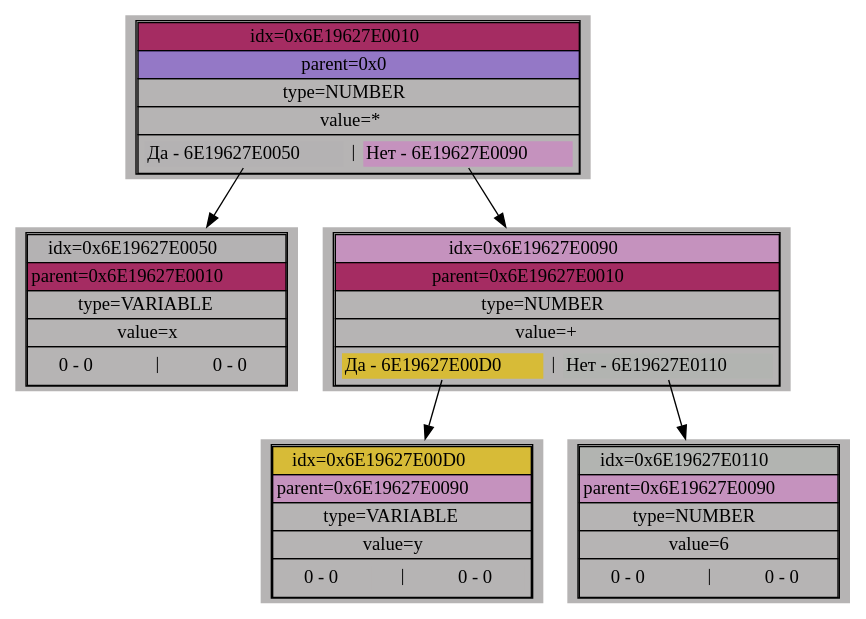
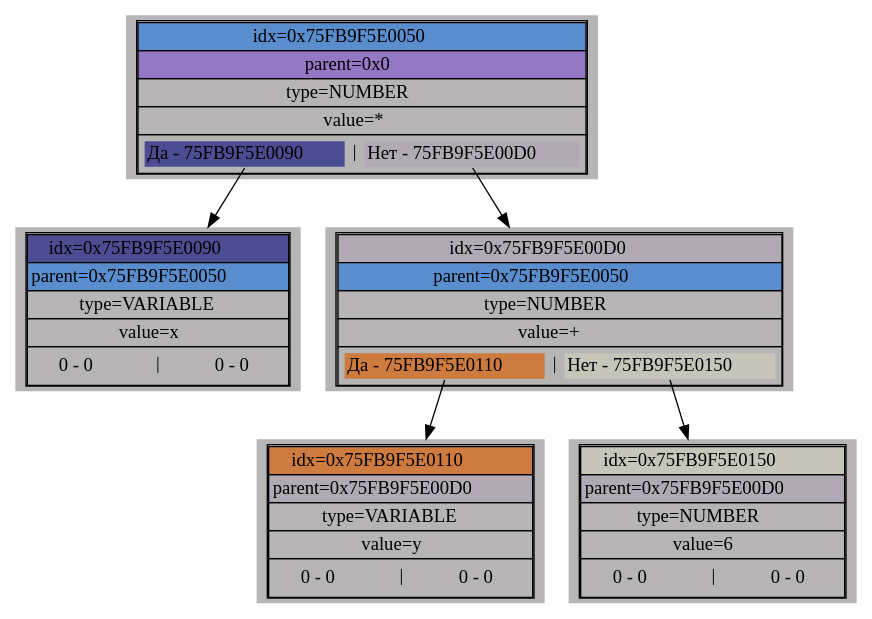
The diagram in dump/images/image0.dot (NeonVP/My-Differentiator), drawn with Graphviz before and after one commit. The commit also changed 5 other files, not shown here.

```diff
--- a/dump/images/image0.dot
+++ b/dump/images/image0.dot
@@ -1,142 +1,142 @@
 digraph {
 	splines=line;
-	node_6E19627E0010 [shape=plaintext; style=filled; color=black; fillcolor="#B6B4B4"; label=< 
+	node_75FB9F5E0050 [shape=plaintext; style=filled; color=black; fillcolor="#B6B4B4"; label=< 
 	<TABLE BORDER="1" CELLBORDER="1" CELLSPACING="0" ALIGN="CENTER"> 
 		<TR> 
-			<TD PORT="idx" BGCOLOR="#A41B58E1">idx=0x6E19627E0010</TD> 
+			<TD PORT="idx" BGCOLOR="#568BCEF4">idx=0x75FB9F5E0050</TD> 
 		</TR> 
 		<TR> 
 			<TD PORT="parent" BGCOLOR="#6522DF69">parent=0x0</TD> 
 		</TR> 
 		<TR> 
 			<TD PORT="type">type=NUMBER</TD> 
 		</TR> 
 		<TR> 
 			<TD PORT="value">value=*</TD> 
 		</TR> 
 		<TR> 
 			<TD> 
 				<TABLE BORDER="0" CELLBORDER="0" CELLSPACING="2" ALIGN="CENTER"> 
 					<TR> 
-						<TD PORT="left" BGCOLOR="#8D869A0C">Да - 6E19627E0050</TD> 
+						<TD PORT="left" BGCOLOR="#2C2D89C3">Да - 75FB9F5E0090</TD> 
 						<TD><FONT POINT-SIZE="10">│</FONT></TD> 
-						<TD PORT="right" BGCOLOR="#F720DD3B">Нет - 6E19627E0090</TD> 
+						<TD PORT="right" BGCOLOR="#5B04B2E">Нет - 75FB9F5E00D0</TD> 
 					</TR> 
 				</TABLE> 
 			</TD> 
 		</TR> 
 	</TABLE> 
 	>]; 
-	node_6E19627E0010:left:s->node_6E19627E0050
-	node_6E19627E0050 [shape=plaintext; style=filled; color=black; fillcolor="#B6B4B4"; label=< 
+	node_75FB9F5E0050:left:s->node_75FB9F5E0090
+	node_75FB9F5E0090 [shape=plaintext; style=filled; color=black; fillcolor="#B6B4B4"; label=< 
 	<TABLE BORDER="1" CELLBORDER="1" CELLSPACING="0" ALIGN="CENTER"> 
 		<TR> 
-			<TD PORT="idx" BGCOLOR="#8D869A0C">idx=0x6E19627E0050</TD> 
+			<TD PORT="idx" BGCOLOR="#2C2D89C3">idx=0x75FB9F5E0090</TD> 
 		</TR> 
 		<TR> 
-			<TD PORT="parent" BGCOLOR="#A41B58E1">parent=0x6E19627E0010</TD> 
+			<TD PORT="parent" BGCOLOR="#568BCEF4">parent=0x75FB9F5E0050</TD> 
 		</TR> 
 		<TR> 
 			<TD PORT="type">type=VARIABLE</TD> 
 		</TR> 
 		<TR> 
 			<TD PORT="value">value=x</TD> 
 		</TR> 
 		<TR> 
 			<TD> 
 				<TABLE BORDER="0" CELLBORDER="0" CELLSPACING="2" ALIGN="CENTER"> 
 					<TR> 
 						<TD PORT="left" BGCOLOR="#B6B4B4">0 - 0</TD> 
 						<TD><FONT POINT-SIZE="10">│</FONT></TD> 
 						<TD PORT="right" BGCOLOR="#B6B4B4">0 - 0</TD> 
 					</TR> 
 				</TABLE> 
 			</TD> 
 		</TR> 
 	</TABLE> 
 	>]; 
-	node_6E19627E0010:right:s->node_6E19627E0090
-	node_6E19627E0090 [shape=plaintext; style=filled; color=black; fillcolor="#B6B4B4"; label=< 
+	node_75FB9F5E0050:right:s->node_75FB9F5E00D0
+	node_75FB9F5E00D0 [shape=plaintext; style=filled; color=black; fillcolor="#B6B4B4"; label=< 
 	<TABLE BORDER="1" CELLBORDER="1" CELLSPACING="0" ALIGN="CENTER"> 
 		<TR> 
-			<TD PORT="idx" BGCOLOR="#F720DD3B">idx=0x6E19627E0090</TD> 
+			<TD PORT="idx" BGCOLOR="#5B04B2E">idx=0x75FB9F5E00D0</TD> 
 		</TR> 
 		<TR> 
-			<TD PORT="parent" BGCOLOR="#A41B58E1">parent=0x6E19627E0010</TD> 
+			<TD PORT="parent" BGCOLOR="#568BCEF4">parent=0x75FB9F5E0050</TD> 
 		</TR> 
 		<TR> 
 			<TD PORT="type">type=NUMBER</TD> 
 		</TR> 
 		<TR> 
 			<TD PORT="value">value=+</TD> 
 		</TR> 
 		<TR> 
 			<TD> 
 				<TABLE BORDER="0" CELLBORDER="0" CELLSPACING="2" ALIGN="CENTER"> 
 					<TR> 
-						<TD PORT="left" BGCOLOR="#DEBD1FD6">Да - 6E19627E00D0</TD> 
+						<TD PORT="left" BGCOLOR="#D96107AD">Да - 75FB9F5E0110</TD> 
 						<TD><FONT POINT-SIZE="10">│</FONT></TD> 
-						<TD PORT="right" BGCOLOR="#26C5355">Нет - 6E19627E0110</TD> 
+						<TD PORT="right" BGCOLOR="#F0FCC540">Нет - 75FB9F5E0150</TD> 
 					</TR> 
 				</TABLE> 
 			</TD> 
 		</TR> 
 	</TABLE> 
 	>]; 
-	node_6E19627E0090:left:s->node_6E19627E00D0
-	node_6E19627E00D0 [shape=plaintext; style=filled; color=black; fillcolor="#B6B4B4"; label=< 
+	node_75FB9F5E00D0:left:s->node_75FB9F5E0110
+	node_75FB9F5E0110 [shape=plaintext; style=filled; color=black; fillcolor="#B6B4B4"; label=< 
 	<TABLE BORDER="1" CELLBORDER="1" CELLSPACING="0" ALIGN="CENTER"> 
 		<TR> 
-			<TD PORT="idx" BGCOLOR="#DEBD1FD6">idx=0x6E19627E00D0</TD> 
+			<TD PORT="idx" BGCOLOR="#D96107AD">idx=0x75FB9F5E0110</TD> 
 		</TR> 
 		<TR> 
-			<TD PORT="parent" BGCOLOR="#F720DD3B">parent=0x6E19627E0090</TD> 
+			<TD PORT="parent" BGCOLOR="#5B04B2E">parent=0x75FB9F5E00D0</TD> 
 		</TR> 
 		<TR> 
 			<TD PORT="type">type=VARIABLE</TD> 
 		</TR> 
 		<TR> 
 			<TD PORT="value">value=y</TD> 
 		</TR> 
 		<TR> 
 			<TD> 
 				<TABLE BORDER="0" CELLBORDER="0" CELLSPACING="2" ALIGN="CENTER"> 
 					<TR> 
 						<TD PORT="left" BGCOLOR="#B6B4B4">0 - 0</TD> 
 						<TD><FONT POINT-SIZE="10">│</FONT></TD> 
 						<TD PORT="right" BGCOLOR="#B6B4B4">0 - 0</TD> 
 					</TR> 
 				</TABLE> 
 			</TD> 
 		</TR> 
 	</TABLE> 
 	>]; 
-	node_6E19627E0090:right:s->node_6E19627E0110
-	node_6E19627E0110 [shape=plaintext; style=filled; color=black; fillcolor="#B6B4B4"; label=< 
+	node_75FB9F5E00D0:right:s->node_75FB9F5E0150
+	node_75FB9F5E0150 [shape=plaintext; style=filled; color=black; fillcolor="#B6B4B4"; label=< 
 	<TABLE BORDER="1" CELLBORDER="1" CELLSPACING="0" ALIGN="CENTER"> 
 		<TR> 
-			<TD PORT="idx" BGCOLOR="#26C5355">idx=0x6E19627E0110</TD> 
+			<TD PORT="idx" BGCOLOR="#F0FCC540">idx=0x75FB9F5E0150</TD> 
 		</TR> 
 		<TR> 
-			<TD PORT="parent" BGCOLOR="#F720DD3B">parent=0x6E19627E0090</TD> 
+			<TD PORT="parent" BGCOLOR="#5B04B2E">parent=0x75FB9F5E00D0</TD> 
 		</TR> 
 		<TR> 
 			<TD PORT="type">type=NUMBER</TD> 
 		</TR> 
 		<TR> 
 			<TD PORT="value">value=6</TD> 
 		</TR> 
 		<TR> 
 			<TD> 
 				<TABLE BORDER="0" CELLBORDER="0" CELLSPACING="2" ALIGN="CENTER"> 
 					<TR> 
 						<TD PORT="left" BGCOLOR="#B6B4B4">0 - 0</TD> 
 						<TD><FONT POINT-SIZE="10">│</FONT></TD> 
 						<TD PORT="right" BGCOLOR="#B6B4B4">0 - 0</TD> 
 					</TR> 
 				</TABLE> 
 			</TD> 
 		</TR> 
 	</TABLE> 
 	>]; 
 }
```
